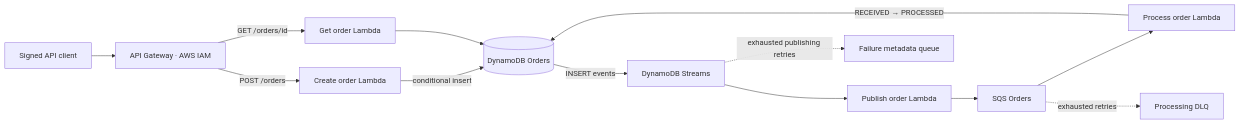
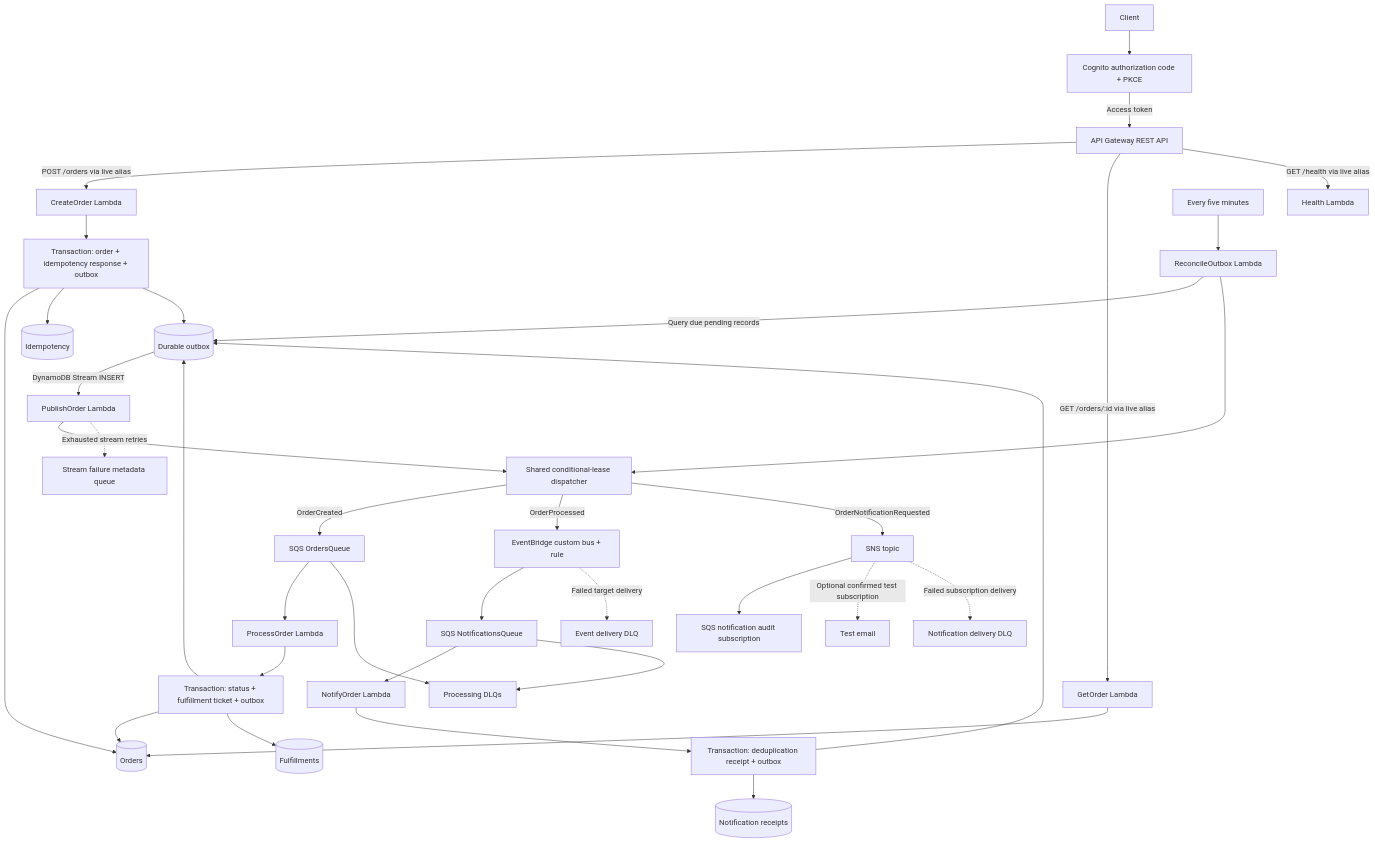
The diagram in README.md (helberjf/aws-serverless-orders), drawn with Mermaid before and after one commit. The commit also changed other lines of this file and 10 other files, not shown here.

Commit message:
docs: document architecture operations deployment and verified evidence

````diff
--- a/README.md
+++ b/README.md
@@ -11,15 +15,38 @@
 ```mermaid
-flowchart LR
-    Client[Signed API client] --> API[API Gateway · AWS IAM]
-    API -->|POST /orders| Create[Create order Lambda]
-    Create -->|conditional insert| Table[(DynamoDB Orders)]
-    Table -->|INSERT events| Stream[DynamoDB Streams]
-    Stream --> Publish[Publish order Lambda]
-    Publish --> Queue[SQS Orders]
-    Queue --> Process[Process order Lambda]
-    Process -->|RECEIVED → PROCESSED| Table
-    API -->|GET /orders/id| Get[Get order Lambda]
-    Get --> Table
-    Queue -. exhausted retries .-> DLQ[Processing DLQ]
-    Stream -. exhausted publishing retries .-> Failures[Failure metadata queue]
+flowchart TD
+    User[Client] --> Cognito[Cognito authorization code + PKCE]
+    Cognito -->|Access token| API[API Gateway REST API]
+    API -->|POST /orders via live alias| Create[CreateOrder Lambda]
+    API -->|GET /orders/:id via live alias| Get[GetOrder Lambda]
+    API -->|GET /health via live alias| Health[Health Lambda]
+    Get --> Orders[(Orders)]
+    Create --> T1[Transaction: order + idempotency response + outbox]
+    T1 --> Orders
+    T1 --> Idem[(Idempotency)]
+    T1 --> Outbox[(Durable outbox)]
+    Outbox -->|DynamoDB Stream INSERT| Publisher[PublishOrder Lambda]
+    Schedule[Every five minutes] --> Recovery[ReconcileOutbox Lambda]
+    Recovery -->|Query due pending records| Outbox
+    Recovery --> Dispatch[Shared conditional-lease dispatcher]
+    Publisher --> Dispatch
+    Dispatch -->|OrderCreated| Queue[SQS OrdersQueue]
+    Queue --> Process[ProcessOrder Lambda]
+    Process --> T2[Transaction: status + fulfillment ticket + outbox]
+    T2 --> Orders
+    T2 --> Tickets[(Fulfillments)]
+    T2 --> Outbox
+    Dispatch -->|OrderProcessed| Bus[EventBridge custom bus + rule]
+    Bus --> NQ[SQS NotificationsQueue]
+    NQ --> Notify[NotifyOrder Lambda]
+    Notify --> T3[Transaction: deduplication receipt + outbox]
+    T3 --> Receipts[(Notification receipts)]
+    T3 --> Outbox
+    Dispatch -->|OrderNotificationRequested| SNS[SNS topic]
+    SNS --> Audit[SQS notification audit subscription]
+    SNS -. Optional confirmed test subscription .-> Email[Test email]
+    Queue --> DLQ[Processing DLQs]
+    NQ --> DLQ
+    Bus -. Failed target delivery .-> EDLQ[Event delivery DLQ]
+    SNS -. Failed subscription delivery .-> SDLQ[Notification delivery DLQ]
+    Publisher -. Exhausted stream retries .-> PDLQ[Stream failure metadata queue]
 ```
````
